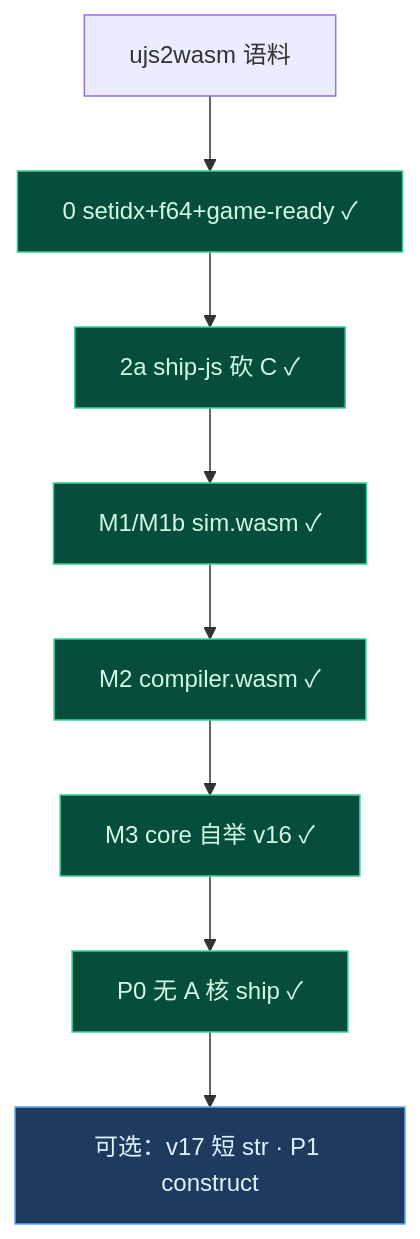
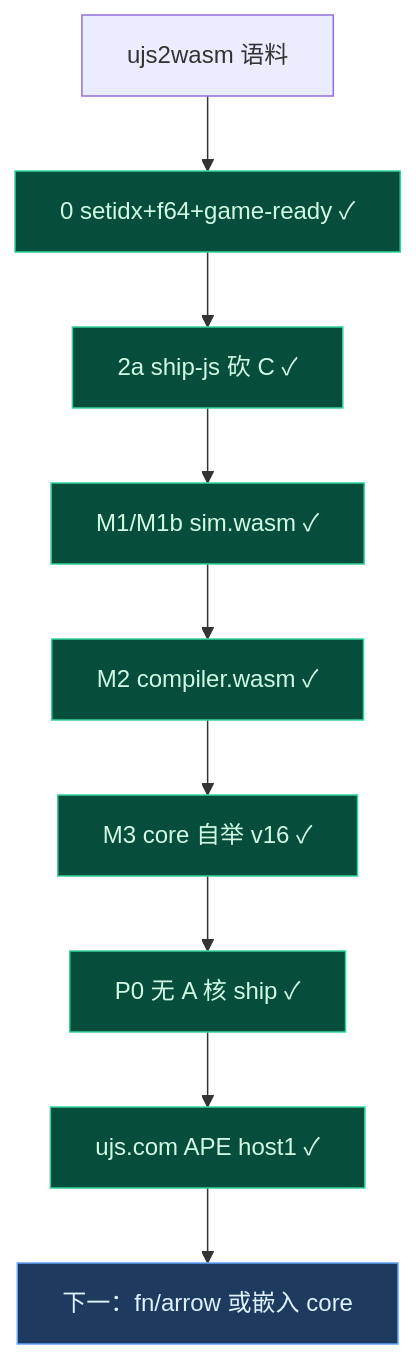
The fifth of 6 diagrams in ujs/prd.md (partnernetsoftware/unisacc), drawn with Mermaid before and after one commit. The commit also changed other lines of this file and 4 other files, not shown here.

First line of the commit message:
Tidy ujs/ around the shipped ujs.com host1 APE product.

````diff
--- a/ujs/prd.md
+++ b/ujs/prd.md
@@ -598,15 +591,16 @@
 ```mermaid
 flowchart TD
     U2W["ujs2wasm 语料"] --> E0["0 setidx+f64+game-ready ✓"]
     E0 --> SJS["2a ship-js 砍 C ✓"]
     SJS --> M1["M1/M1b sim.wasm ✓"]
     M1 --> M2["M2 compiler.wasm ✓"]
     M2 --> M3["M3 core 自举 v16 ✓"]
     M3 --> P0["P0 无 A 核 ship ✓"]
-    P0 --> NEXT["可选：v17 短 str · P1 construct"]
+    P0 --> HOST["ujs.com APE host1 ✓"]
+    HOST --> NEXT["下一：fn/arrow 或嵌入 core"]
 
     classDef now fill:#064e3b,stroke:#34d399,color:#d1fae5
     classDef next fill:#1e3a5f,stroke:#60a5fa,color:#e0f2fe
-    class E0,SJS,M1,M2,M3,P0 now
+    class E0,SJS,M1,M2,M3,P0,HOST now
     class NEXT next
 ```
````
